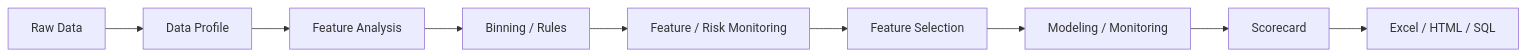
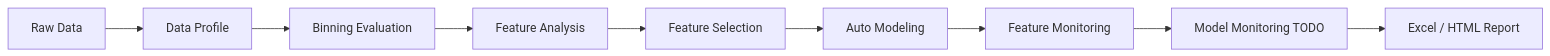
The diagram in README.md (leeesq/mars-risk), drawn with Mermaid before and after one commit. The commit also changed other lines of this file and 7 other files, not shown here.

````diff
--- a/README.md
+++ b/README.md
@@ -36,11 +37,11 @@
 ```mermaid
 flowchart LR
     A["Raw Data"] --> B["Data Profile"]
-    B --> C["Feature Analysis"]
-    C --> D["Binning / Rules"]
-    D --> E["Feature / Risk Monitoring"]
-    E --> F["Feature Selection"]
-    F --> G["Modeling / Monitoring"]
-    G --> H["Scorecard"]
-    H --> I["Excel / HTML / SQL"]
+    B --> C["Binning Evaluation"]
+    C --> D["Feature Analysis"]
+    D --> E["Feature Selection"]
+    E --> F["Auto Modeling"]
+    F --> G["Feature Monitoring"]
+    G --> H["Model Monitoring TODO"]
+    H --> I["Excel / HTML Report"]
 ```
````
